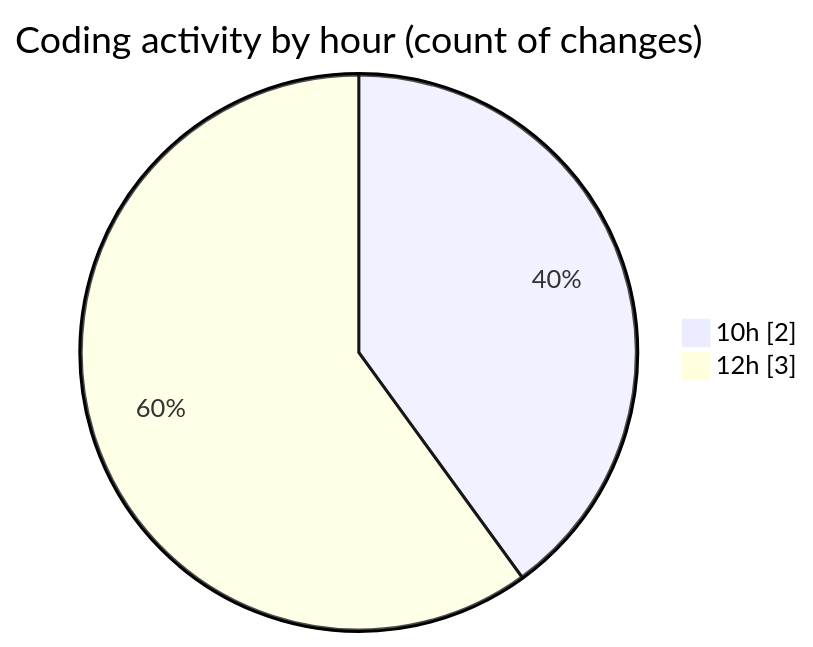
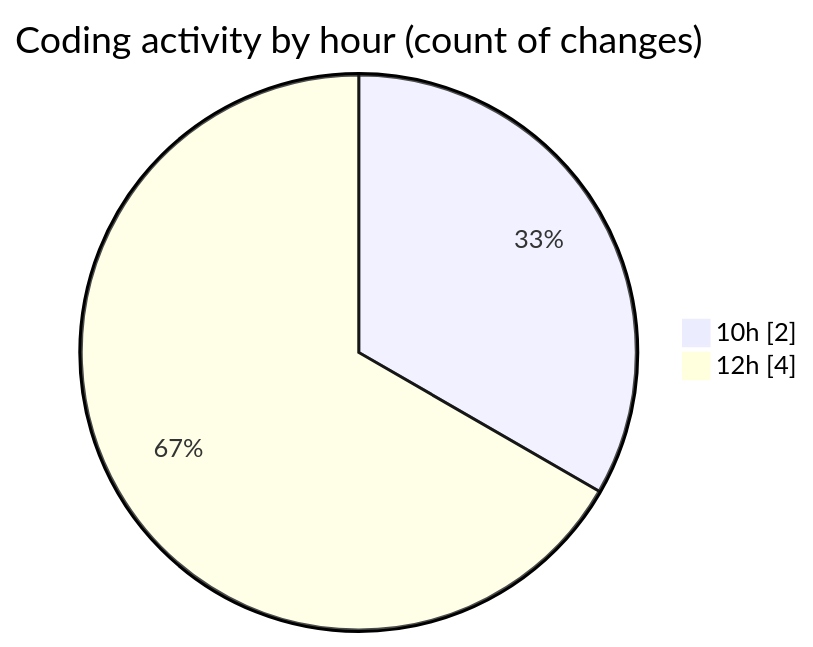
Before and after one commit to momahboobian/code-tracking: the second of 2 diagrams in 2026-04-30/cda/README.md, drawn with Mermaid. The commit also changed other lines of this file and 1 other file, not shown here.

````diff
--- a/2026-04-30/cda/README.md
+++ b/2026-04-30/cda/README.md
@@ -33,6 +35,6 @@
 ```mermaid
 pie showData
 title Coding activity by hour (count of changes)
 "10h" : 2
-"12h" : 3
+"12h" : 4
 ```
````
